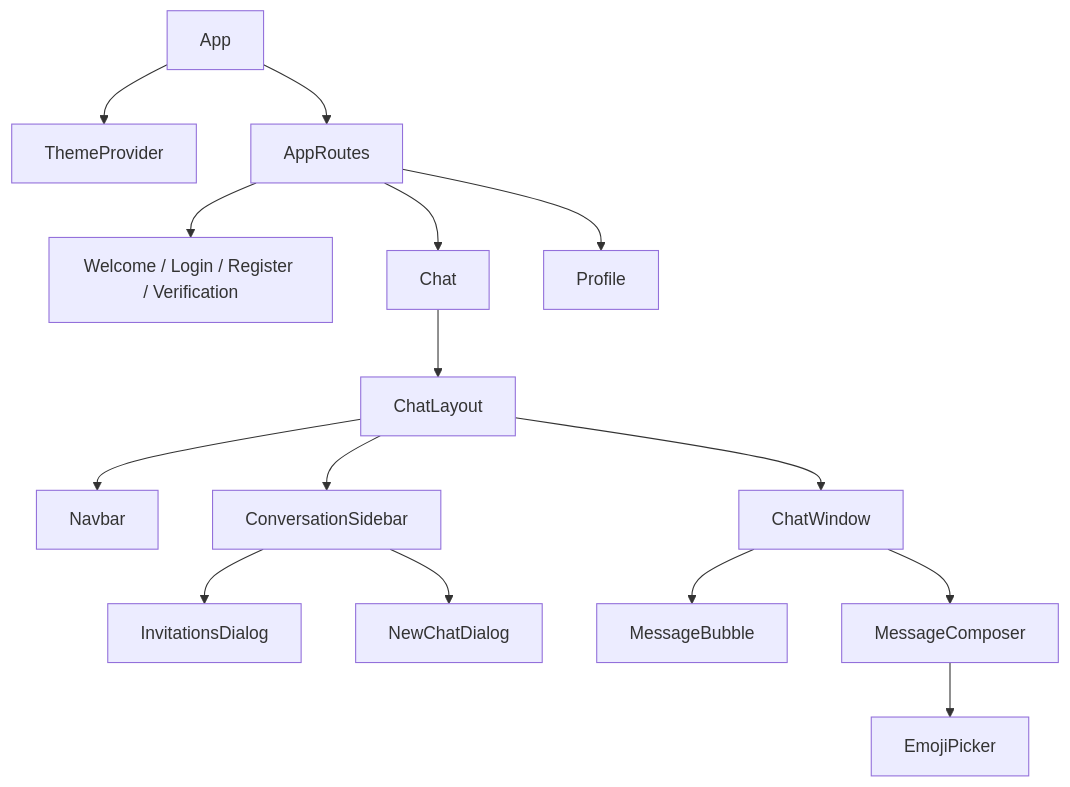
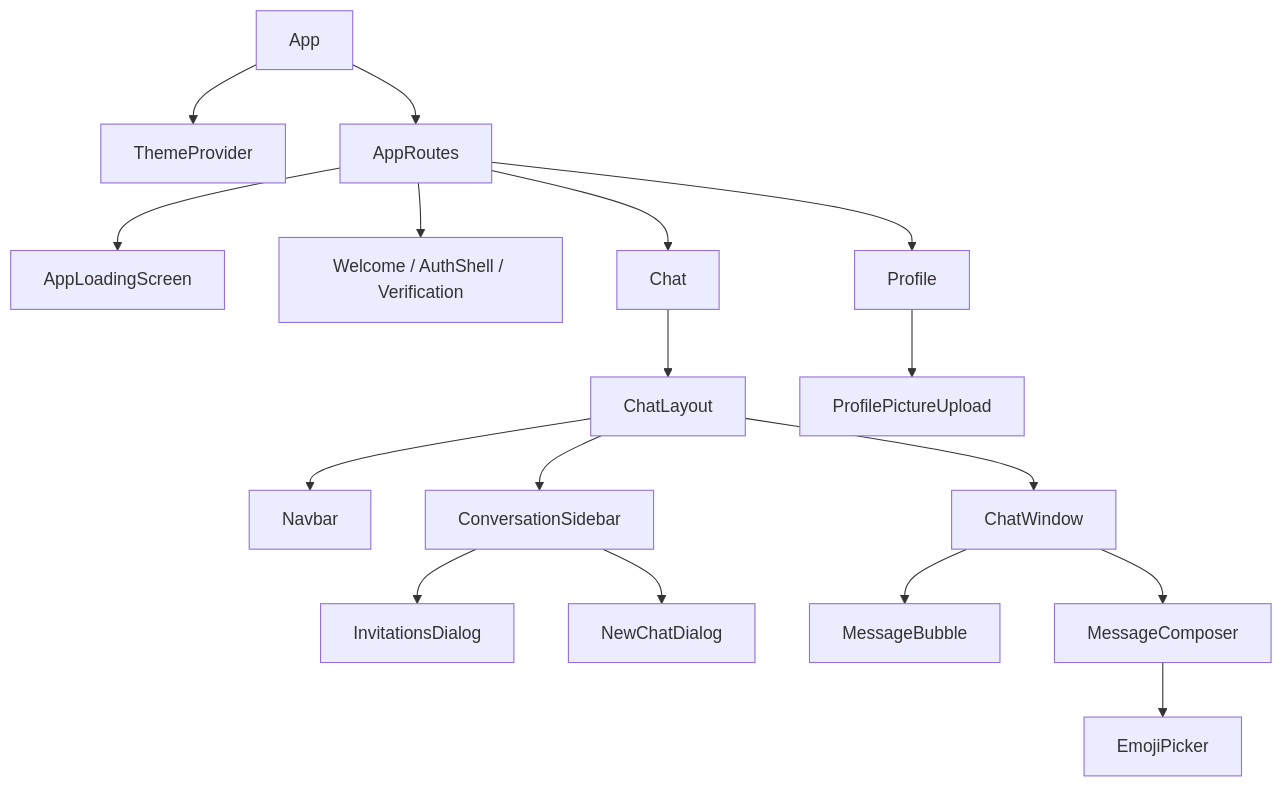
Before and after one commit to Saurav11343/click-chat: the first of 3 diagrams in docs/06-frontend-design.md, drawn with Mermaid. The commit also changed other lines of this file and 6 other files, not shown here.

````diff
--- a/docs/06-frontend-design.md
+++ b/docs/06-frontend-design.md
@@ -19,17 +21,19 @@
 ```mermaid
 flowchart TD
     APP["App"] --> TP["ThemeProvider"]
     APP --> RT["AppRoutes"]
-    RT --> PUB["Welcome / Login / Register / Verification"]
+    RT --> LOAD["AppLoadingScreen"]
+    RT --> PUB["Welcome / AuthShell / Verification"]
     RT --> CHAT["Chat"]
     RT --> PROFILE["Profile"]
     CHAT --> LAYOUT["ChatLayout"]
     LAYOUT --> NAV["Navbar"]
     LAYOUT --> SIDE["ConversationSidebar"]
     LAYOUT --> WIN["ChatWindow"]
     SIDE --> INV["InvitationsDialog"]
     SIDE --> NEW["NewChatDialog"]
     WIN --> BUB["MessageBubble"]
     WIN --> COMP["MessageComposer"]
     COMP --> EMOJI["EmojiPicker"]
+    PROFILE --> PIC["ProfilePictureUpload"]
 ```
````
